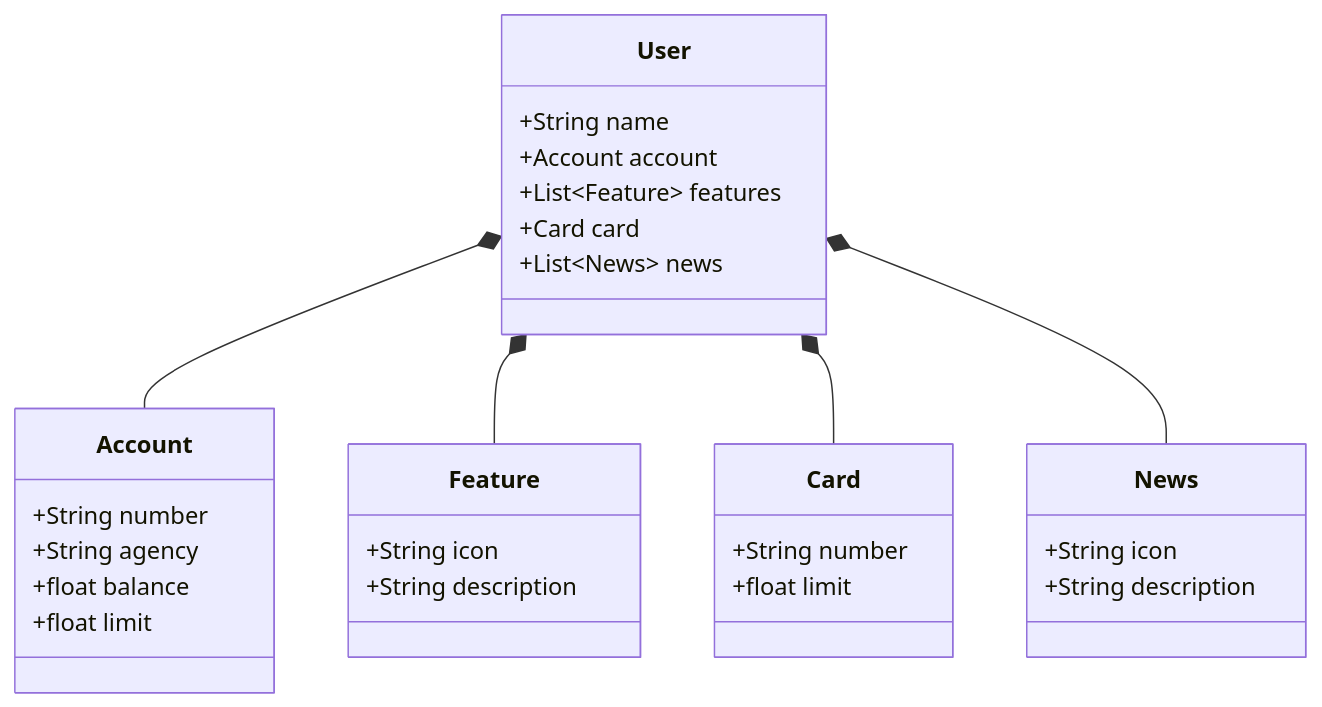
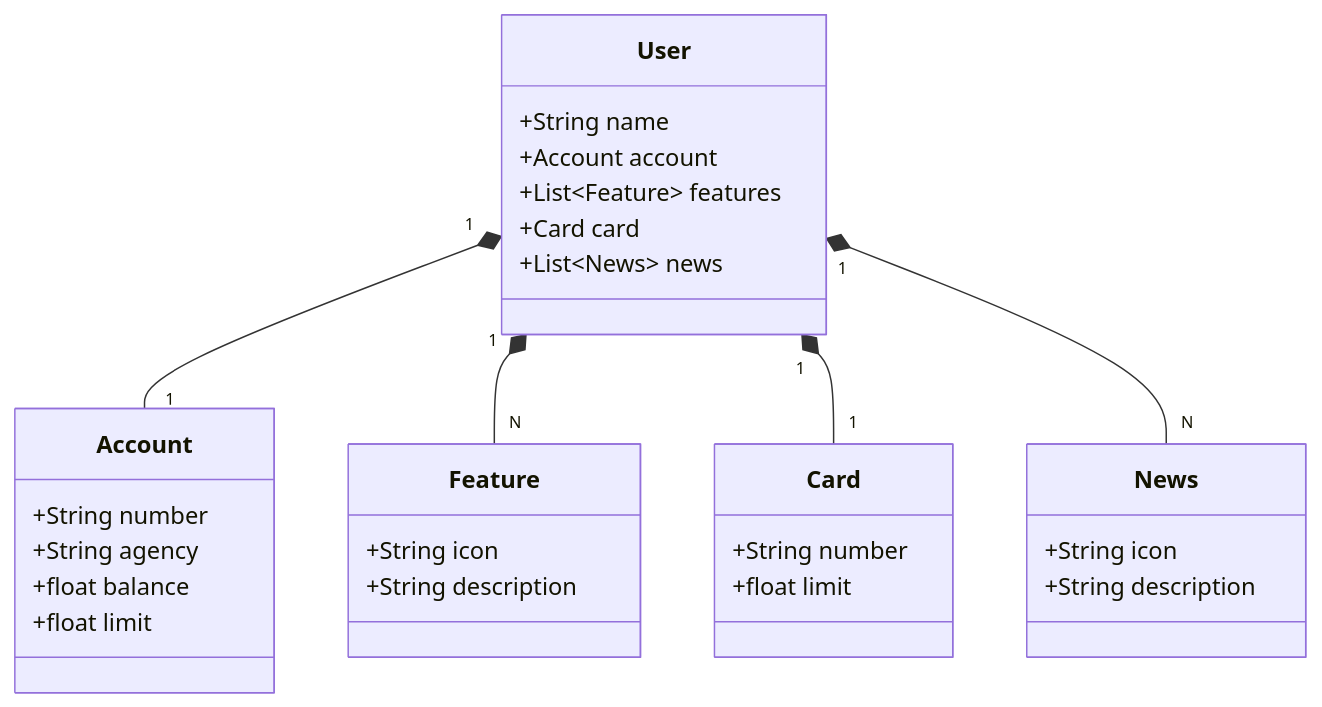
The diagram in README.md (kauannlima/santander-dev-week), drawn with Mermaid before and after one commit.

````diff
--- a/README.md
+++ b/README.md
@@ -6,39 +6,39 @@
 ```mermaid
 classDiagram
     class User {
         +String name
         +Account account
         +List~Feature~ features
         +Card card
         +List~News~ news
     }
 
     class Account {
         +String number
         +String agency
         +float balance
         +float limit
     }
     class Feature {
         +String icon
         +String description
     }
 
     class Card {
         +String number
         +float limit
     }
 
 
 
     class News {
         +String icon
         +String description
     }
 
-    User *-- Account
-    User *-- Feature
-    User *-- Card
-    User *-- News
+    User "1" *-- "1" Account
+    User "1" *-- "N" Feature
+    User "1" *-- "1" Card
+    User "1" *-- "N" News
 
 ```
````
